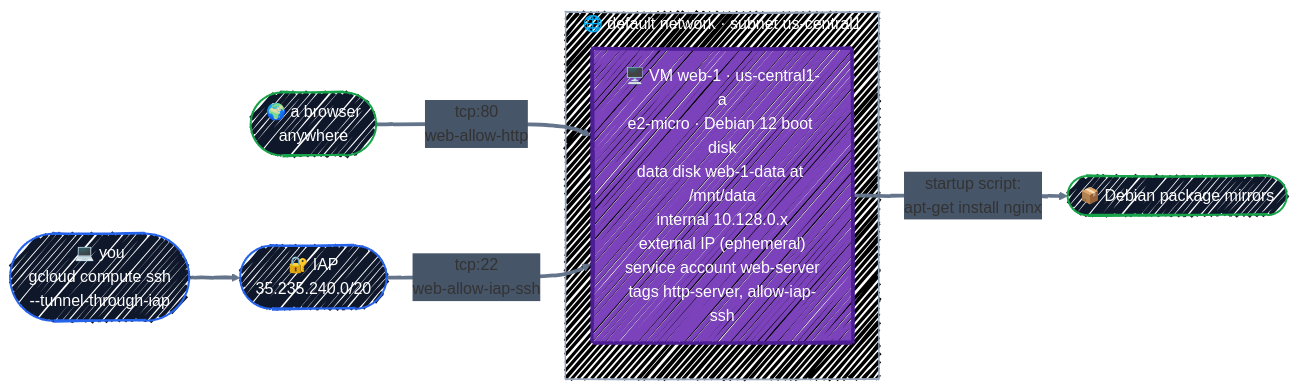
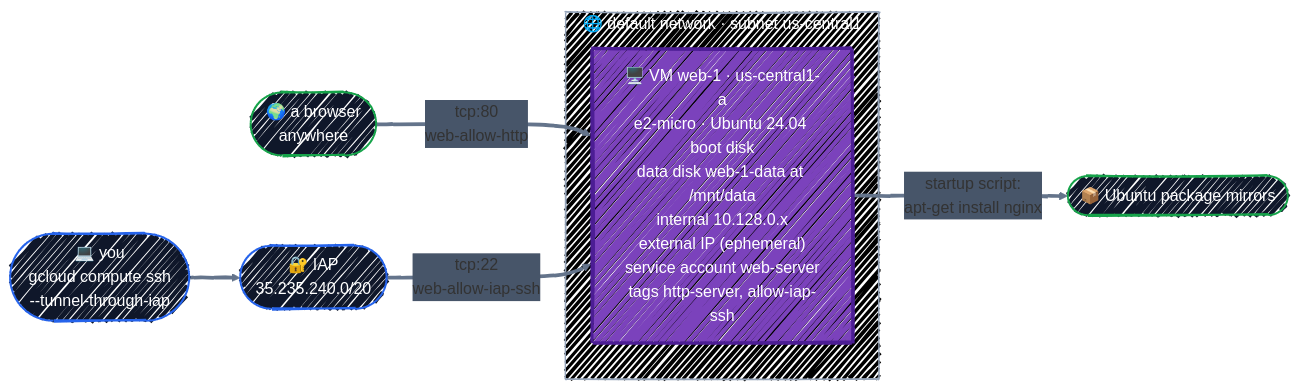
One commit to r97221004/terraform-tutorial changed the first of 4 diagrams in docs/gcp-services/compute-engine.md. Above: the diagram before and after it, drawn with Mermaid. The commit also changed other lines of this file and 2 other files, not shown here.

First line of the commit message:
docs: switch the Compute Engine VM to Ubuntu 24.04 LTS

````diff
--- a/docs/gcp-services/compute-engine.md
+++ b/docs/gcp-services/compute-engine.md
@@ -36,35 +36,35 @@
 ```mermaid
 ---
 config:
   look: handDrawn
   theme: default
   themeVariables:
     fontFamily: '"Comic Sans MS", "Comic Sans", "Segoe Print", "Bradley Hand", cursive'
     lineColor: '#64748B'
     edgeLabelBackground: '#475569'
   themeCSS: |
     .edgeLabel, .edgeLabel p, .edgeLabel span { color: #FFFFFF !important; }
 ---
 flowchart LR
     browser(["🌍 a browser<br/>anywhere"])
     you(["💻 you<br/>gcloud compute ssh<br/>--tunnel-through-iap"])
     iap(["🔐 IAP<br/>35.235.240.0/20"])
-    apt(["📦 Debian package mirrors"])
+    apt(["📦 Ubuntu package mirrors"])
 
     subgraph net["🌐 default network · subnet us-central1"]
-        vm["🖥️ VM web-1 · us-central1-a<br/>e2-micro · Debian 12 boot disk<br/>data disk web-1-data at /mnt/data<br/>internal 10.128.0.x<br/>external IP (ephemeral)<br/>service account web-server<br/>tags http-server, allow-iap-ssh"]
+        vm["🖥️ VM web-1 · us-central1-a<br/>e2-micro · Ubuntu 24.04 boot disk<br/>data disk web-1-data at /mnt/data<br/>internal 10.128.0.x<br/>external IP (ephemeral)<br/>service account web-server<br/>tags http-server, allow-iap-ssh"]
     end
 
     browser ==>|"tcp:80<br/>web-allow-http"| vm
     you ==> iap
     iap ==>|"tcp:22<br/>web-allow-iap-ssh"| vm
     vm ==>|"startup script:<br/>apt-get install nginx"| apt
 
     classDef ctrl fill:#0F172A,stroke:#2563EB,stroke-width:2px,color:#FFFFFF
     classDef eng fill:#7B42BC,stroke:#4C1D95,stroke-width:3px,color:#FFFFFF
     classDef tgt fill:#0F172A,stroke:#16A34A,stroke-width:2px,color:#FFFFFF
     class vm eng
     class you,iap ctrl
     class browser,apt tgt
     style net fill:#000000,stroke:#94A3B8,color:#FFFFFF,fillStyle:solid
 ```
````
